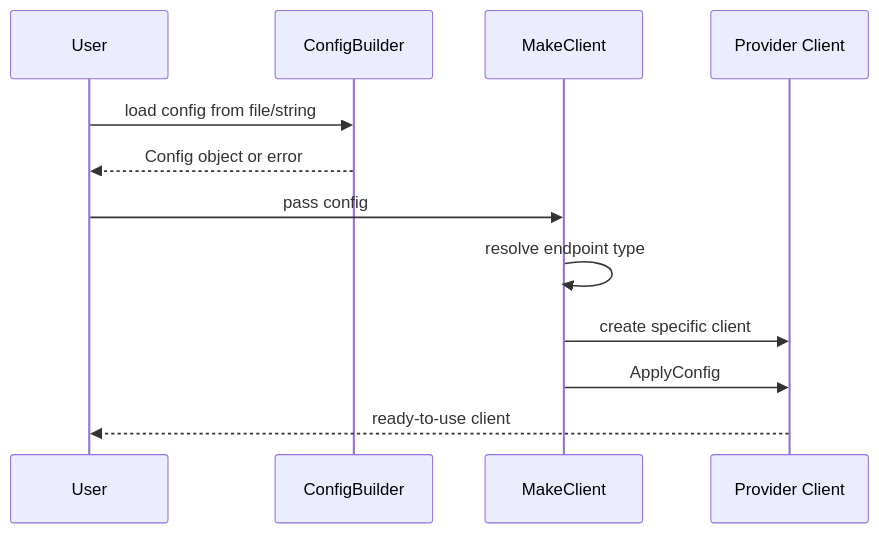
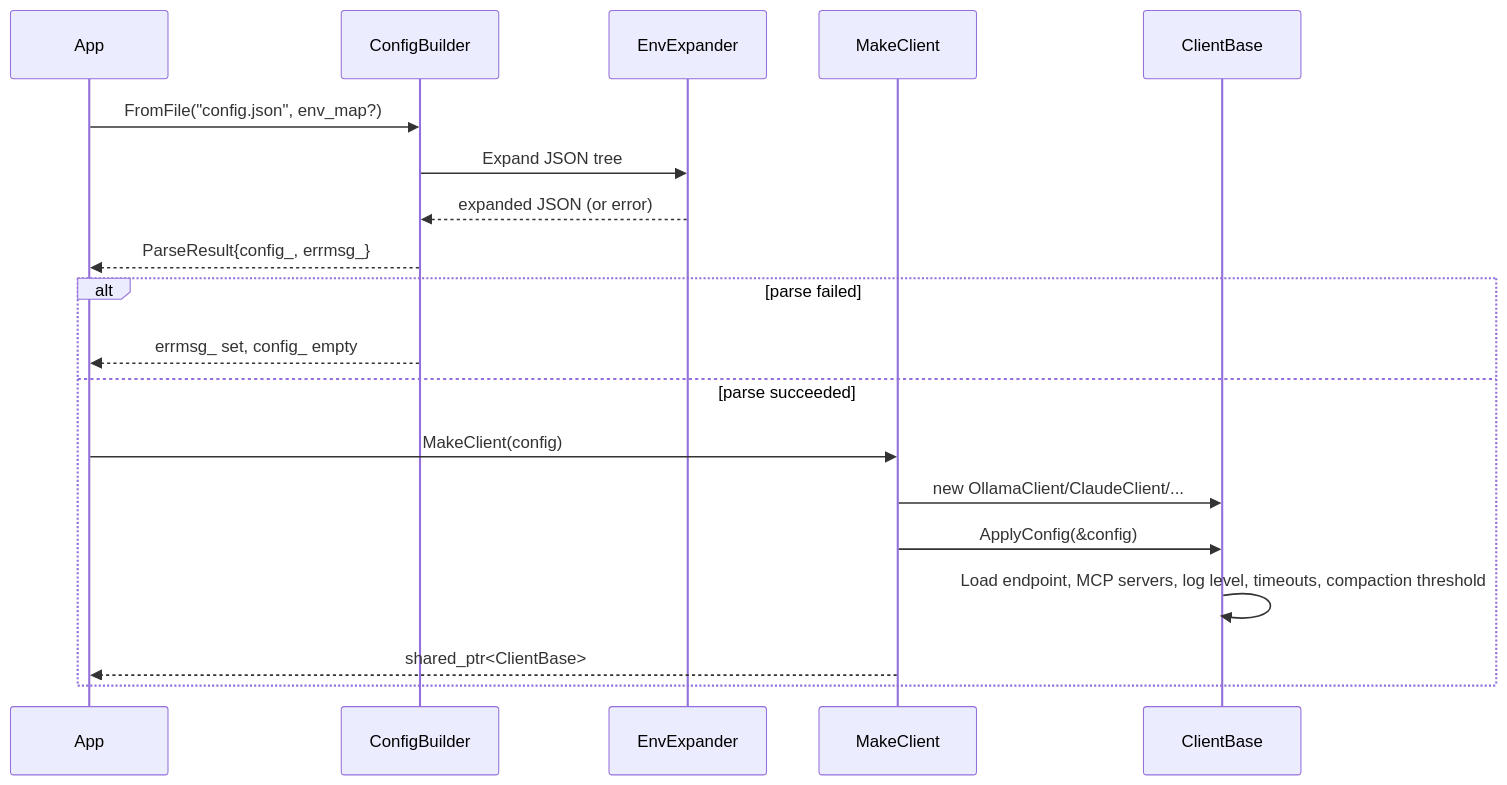
Before and after one commit to eranif/assistant: the first of 6 diagrams in .agents/summary/workflows.md, drawn with Mermaid. The commit also changed other lines of this file and 9 other files, not shown here.

````diff
--- a/.agents/summary/workflows.md
+++ b/.agents/summary/workflows.md
@@ -4,15 +8,22 @@
 ```mermaid
 sequenceDiagram
-  participant User
-  participant Config as ConfigBuilder
+  participant App
+  participant Builder as ConfigBuilder
+  participant Env as EnvExpander
   participant Factory as MakeClient
-  participant Client as Provider Client
+  participant Client as ClientBase
 
-  User->>Config: load config from file/string
-  Config-->>User: Config object or error
-  User->>Factory: pass config
-  Factory->>Factory: resolve endpoint type
-  Factory->>Client: create specific client
-  Factory->>Client: ApplyConfig
-  Client-->>User: ready-to-use client
+  App->>Builder: FromFile("config.json", env_map?)
+  Builder->>Env: Expand JSON tree
+  Env-->>Builder: expanded JSON (or error)
+  Builder-->>App: ParseResult{config_, errmsg_}
+  alt parse failed
+    Builder-->>App: errmsg_ set, config_ empty
+  else parse succeeded
+    App->>Factory: MakeClient(config)
+    Factory->>Client: new OllamaClient/ClaudeClient/...
+    Factory->>Client: ApplyConfig(&config)
+    Client->>Client: Load endpoint, MCP servers, log level, timeouts, compaction threshold
+    Factory-->>App: shared_ptr<ClientBase>
+  end
 ```
````
